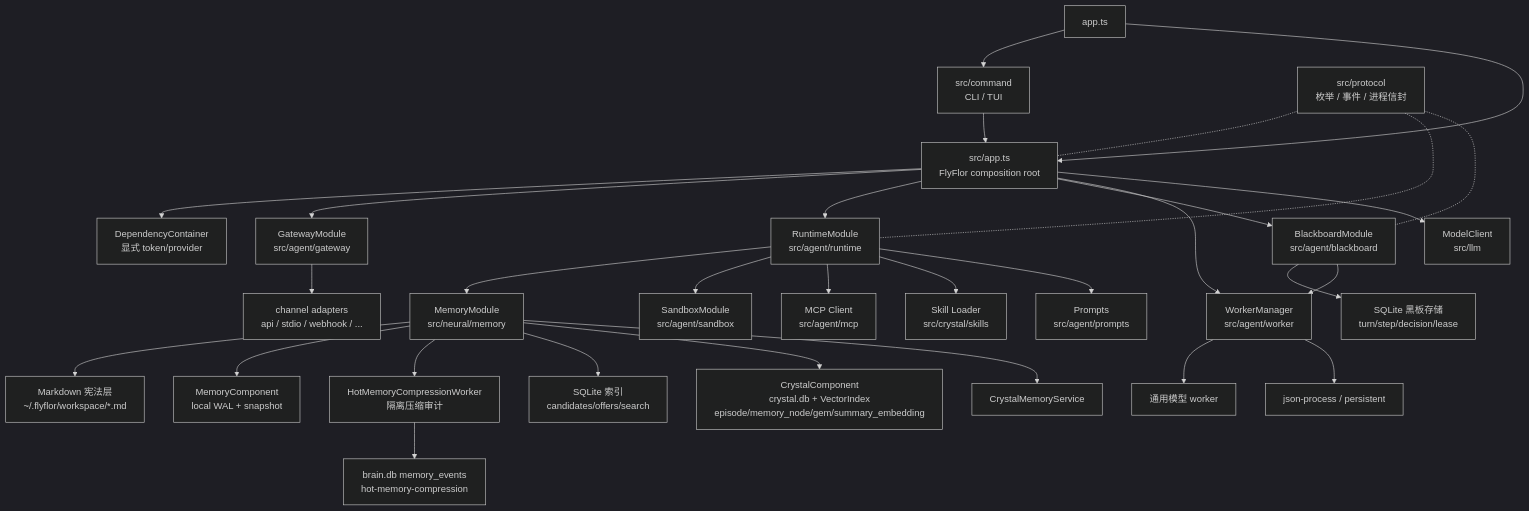
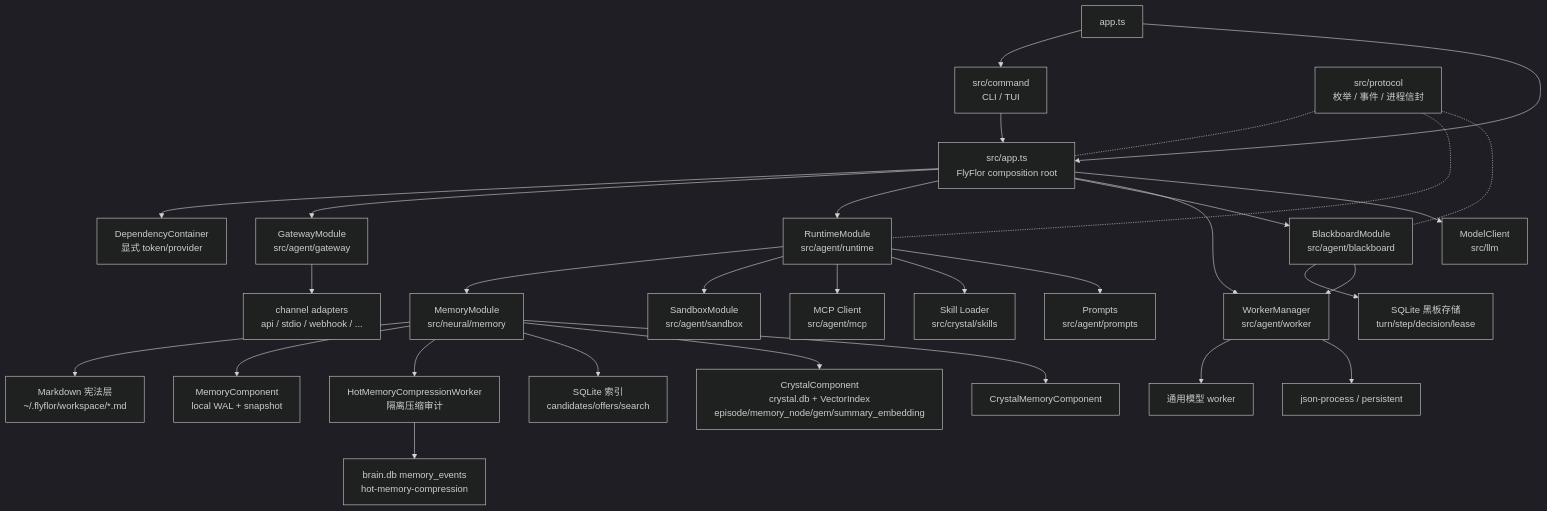
One commit to flyflor/flyflor changed the first of 3 diagrams in docs/architecture.md. Above: the diagram before and after it, drawn with Mermaid (dark theme). The commit also changed other lines of this file and 119 other files, not shown here.

````diff
--- a/docs/architecture.md
+++ b/docs/architecture.md
@@ -26,38 +27,38 @@
 ```mermaid
 flowchart TB
     Entry["app.ts"] --> Command["src/command<br/>CLI / TUI"]
     Entry --> AppRoot["src/app.ts<br/>FlyFlor composition root"]
     Command --> AppRoot
     AppRoot --> Container["DependencyContainer<br/>显式 token/provider"]
 
     AppRoot --> Gateway["GatewayModule<br/>src/agent/gateway"]
     AppRoot --> Runtime["RuntimeModule<br/>src/agent/runtime"]
     AppRoot --> Blackboard["BlackboardModule<br/>src/agent/blackboard"]
     AppRoot --> Workers["WorkerManager<br/>src/agent/worker"]
     AppRoot --> Model["ModelClient<br/>src/llm"]
 
     Runtime --> Memory["MemoryModule<br/>src/neural/memory"]
     Runtime --> Sandbox["SandboxModule<br/>src/agent/sandbox"]
     Runtime --> MCP["MCP Client<br/>src/agent/mcp"]
     Runtime --> Skills["Skill Loader<br/>src/crystal/skills"]
     Runtime --> Prompts["Prompts<br/>src/agent/prompts"]
 
     Memory --> Markdown["Markdown 宪法层<br/>~/.flyflor/workspace/*.md"]
     Memory --> Working["MemoryComponent<br/>local WAL + snapshot"]
     Memory --> HotCompression["HotMemoryCompressionWorker<br/>隔离压缩审计"]
     Memory --> SQLite["SQLite 索引<br/>candidates/offers/search"]
     Memory --> Graph["CrystalComponent<br/>crystal.db + VectorIndex<br/>episode/memory_node/gem/summary_embedding"]
-    Memory --> Crystal["CrystalMemoryService"]
+    Memory --> Crystal["CrystalMemoryComponent"]
     HotCompression --> SQLiteBrain["brain.db memory_events<br/>hot-memory-compression"]
 
     Blackboard --> BlackboardSqlite["SQLite 黑板存储<br/>turn/step/decision/lease"]
     Blackboard --> Workers
     Workers --> ModelWorker["通用模型 worker"]
     Workers --> JsonProcess["json-process / persistent"]
 
     Gateway --> Channels["channel adapters<br/>api / stdio / webhook / ..."]
 
     Protocol["src/protocol<br/>枚举 / 事件 / 进程信封"] -.- AppRoot
     Protocol -.- Runtime
     Protocol -.- Blackboard
 ```
````
